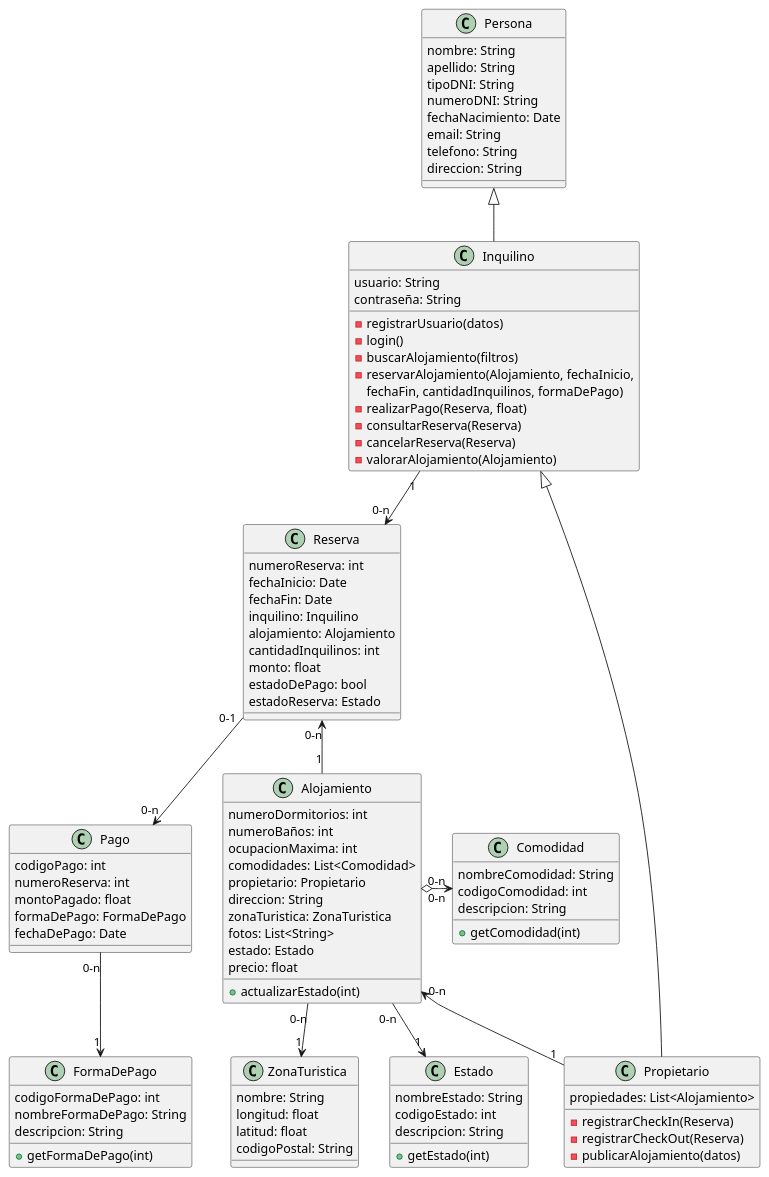
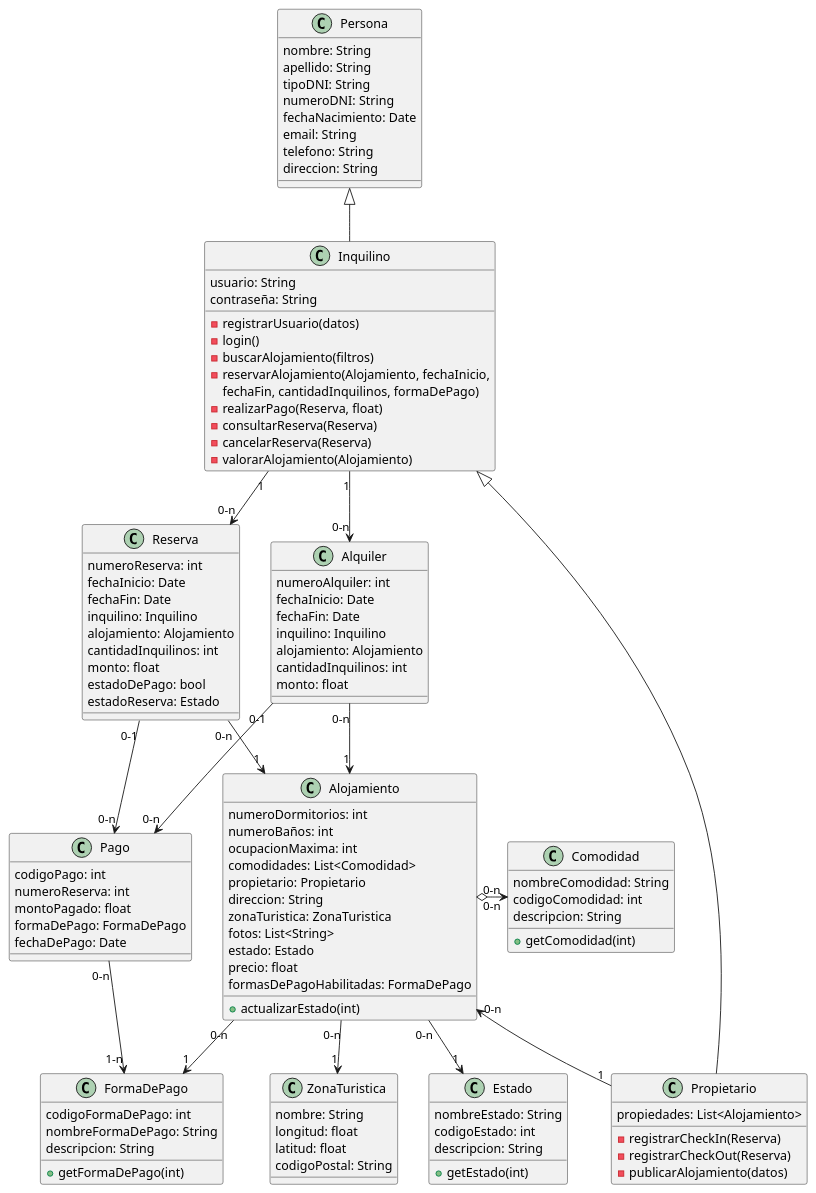
One commit to franciscolmos/IS1-EasyHome changed the diagram in Diagrama_Clases/Diagrama_de_clases_EasyHome.puml. Above: the diagram before and after it, drawn with PlantUML. The commit also changed 1 other file, not shown here.

Commit message:
[REFACTOR - ADD] - Diagrama de clases - Imagen diagrama de clases

```diff
--- a/Diagrama_Clases/Diagrama_de_clases_EasyHome.puml
+++ b/Diagrama_Clases/Diagrama_de_clases_EasyHome.puml
@@ -1,117 +1,135 @@
 @startuml EasyHome
 
 class Persona {
     nombre: String
     apellido: String
     tipoDNI: String
     numeroDNI: String
     fechaNacimiento: Date
     email: String
     telefono: String
     direccion: String
 }
 
 class Inquilino {
     usuario: String
     contraseña: String
     -registrarUsuario(datos)
     -login()
     -buscarAlojamiento(filtros)
     -reservarAlojamiento(Alojamiento, fechaInicio, 
         fechaFin, cantidadInquilinos, formaDePago)
     -realizarPago(Reserva, float)
     -consultarReserva(Reserva)
     -cancelarReserva(Reserva)
     -valorarAlojamiento(Alojamiento)
 }
 
 class Propietario {
     propiedades: List<Alojamiento>
     -registrarCheckIn(Reserva)
     -registrarCheckOut(Reserva)
     -publicarAlojamiento(datos)
 }
 
 class Alojamiento {
     numeroDormitorios: int
     numeroBaños: int
     ocupacionMaxima: int
     comodidades: List<Comodidad>
     propietario: Propietario
     direccion: String
     zonaTuristica: ZonaTuristica
     fotos: List<String>
     estado: Estado
     precio: float
+    formasDePagoHabilitadas: FormaDePago
     +actualizarEstado(int)
 }
 
 class ZonaTuristica {
     nombre: String
     longitud: float
     latitud: float
     codigoPostal: String
 }
 
 class Estado {
     nombreEstado: String
     codigoEstado: int
     descripcion: String
     +getEstado(int)
 }
 
 class Comodidad {
     nombreComodidad: String
     codigoComodidad: int
     descripcion: String
     +getComodidad(int)
 }
 
 class Reserva {
     numeroReserva: int
     fechaInicio: Date
     fechaFin: Date
     inquilino: Inquilino
     alojamiento: Alojamiento
     cantidadInquilinos: int
     monto: float
     estadoDePago: bool
     estadoReserva: Estado
 }
 
 class Pago {
     codigoPago: int
     numeroReserva: int
     montoPagado: float
     formaDePago: FormaDePago
     fechaDePago: Date
 }
 
 class FormaDePago {
     codigoFormaDePago: int
     nombreFormaDePago: String
     descripcion: String
     +getFormaDePago(int)
 }
 
+class Alquiler {
+    numeroAlquiler: int
+    fechaInicio: Date
+    fechaFin: Date
+    inquilino: Inquilino
+    alojamiento: Alojamiento
+    cantidadInquilinos: int
+    monto: float
+}
+
 Persona <|-- Inquilino
 Inquilino <|-- Propietario
 
 Alojamiento "0-n" <-- "1" Propietario
 Alojamiento "0-n" o-> "0-n" Comodidad
 Alojamiento "0-n" --> "1" ZonaTuristica
 Alojamiento "0-n" --> "1" Estado
+Alojamiento "0-n" -->  "1" FormaDePago
 
 Inquilino "1" --> "0-n" Reserva
-Alojamiento "1" -up-> "0-n" Reserva
+Inquilino "1" --> "0-n" Alquiler
+Alojamiento "1" <-up- "0-n" Reserva
+Alojamiento "1" <-up- "0-n" Alquiler
 
-Pago "0-n" --> "1" FormaDePago
+Pago "0-n" --> "1-n" FormaDePago
 Reserva "0-1" --> "0-n" Pago
+Alquiler "0-1" --> "0-n" Pago
 
 /' DUDAS
 -) ZONA TURISTICA, QUE ATRIBUTOS LE PONEMOS
 -) COMO MANEJAMOS EL TEMA DE FILTROS Y DATOS
 -) ALOJAMIENTO Y COMODIDAD RELACION DE ASOCIACION O AGREGACION
+-) NO PODEMOS REPRESENTAR UN ALQUILER COMO UNA RESERVA CON ESTADO ALQUILADO?
+-) CLASE GENERICA DE RESERVA Y ALQUILER???
+-) EXISTE CLASE BUSCADOR DE ALOJAMIENTOS? COMO BUSCA UN ALOJAMIENTO UN USUARIO?
 '/
 
 @enduml
```
